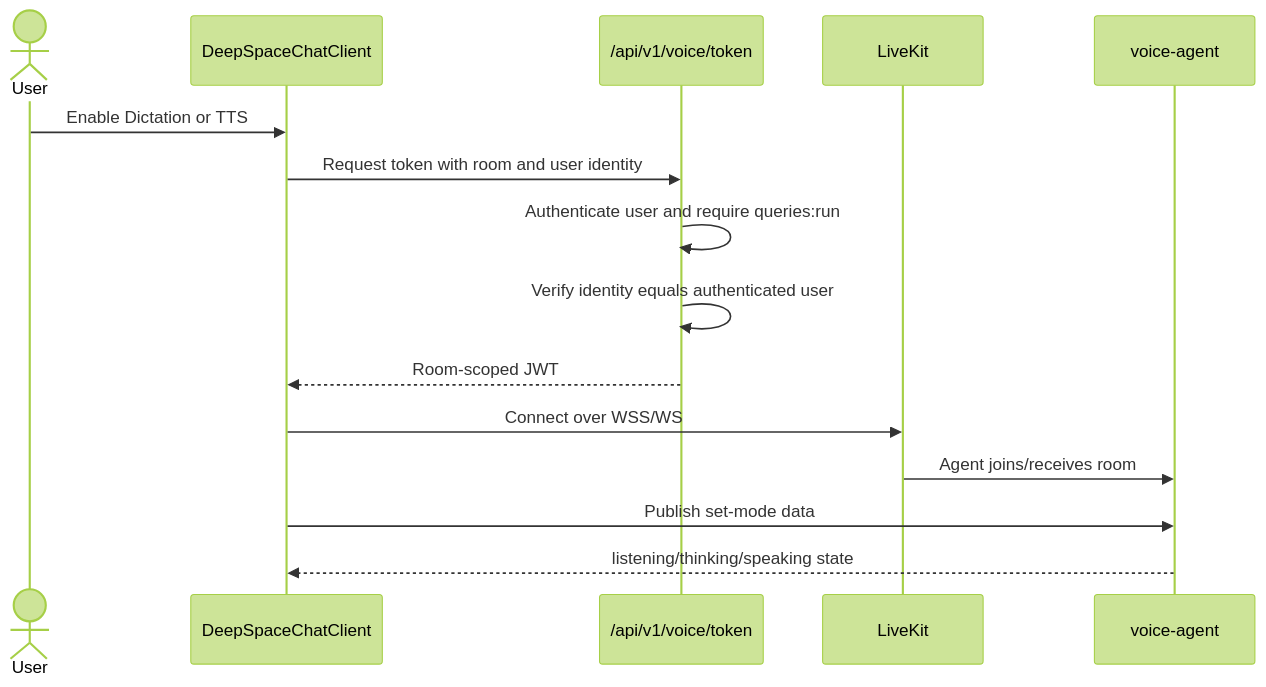
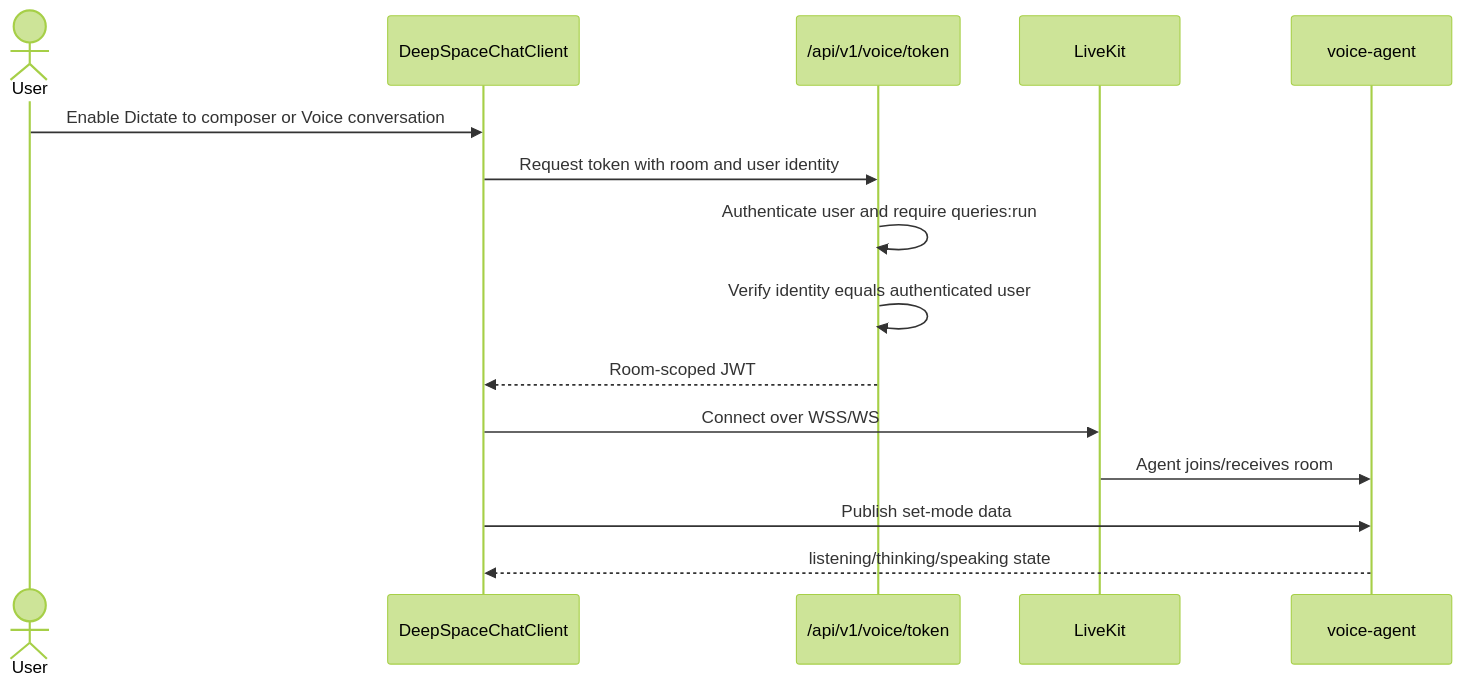
Before and after one commit to sainibhaowal/AverQel: the second of 4 diagrams in backend/docs/capabilities/11-voice-and-realtime-audio.md, drawn with Mermaid (forest theme). The commit also changed other lines of this file and 359 other files, not shown here.

```diff
--- a/backend/docs/capabilities/11-voice-and-realtime-audio.md
+++ b/backend/docs/capabilities/11-voice-and-realtime-audio.md
@@ -167,18 +197,18 @@
 ~~~mermaid
 sequenceDiagram
     actor User
     participant UI as DeepSpaceChatClient
     participant API as /api/v1/voice/token
     participant LK as LiveKit
     participant VA as voice-agent
 
-    User->>UI: Enable Dictation or TTS
+    User->>UI: Enable Dictate to composer or Voice conversation
     UI->>API: Request token with room and user identity
     API->>API: Authenticate user and require queries:run
     API->>API: Verify identity equals authenticated user
     API-->>UI: Room-scoped JWT
     UI->>LK: Connect over WSS/WS
     LK->>VA: Agent joins/receives room
     UI->>VA: Publish set-mode data
     VA-->>UI: listening/thinking/speaking state
 ~~~
```
